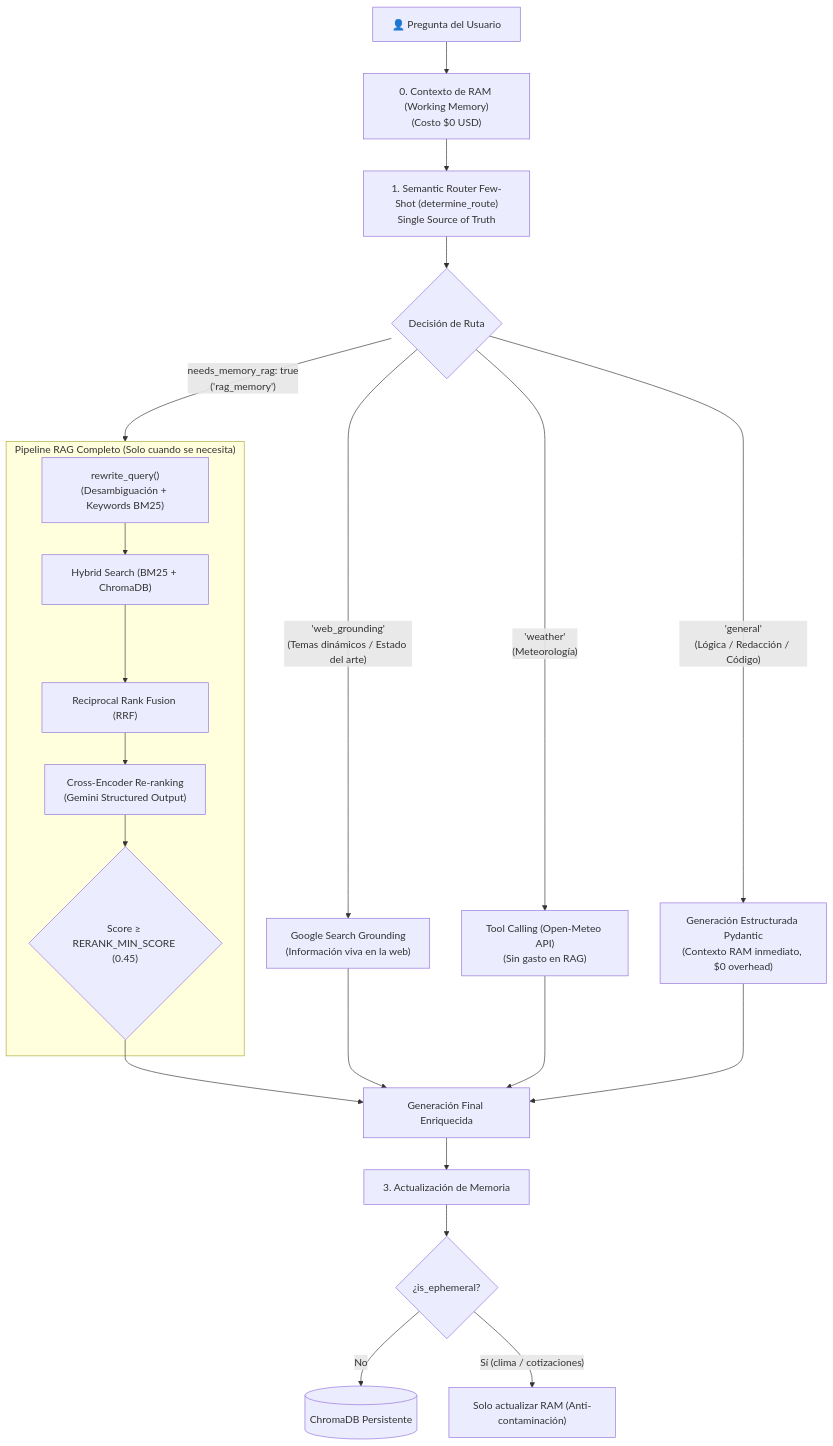
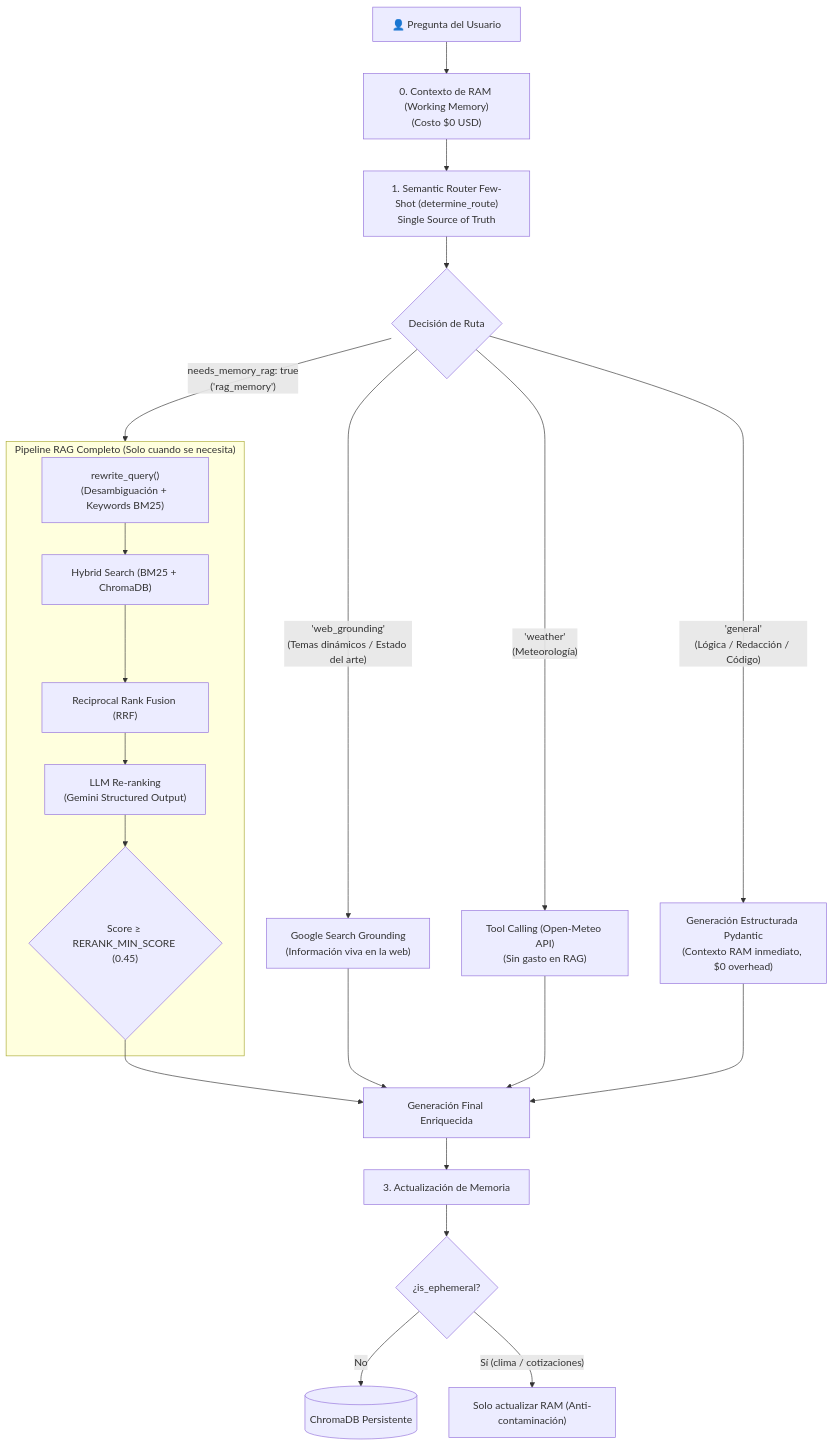
The diagram in README.md (misikss/llm-cli), drawn with Mermaid before and after one commit. The commit also changed other lines of this file and 4 other files, not shown here.

````diff
--- a/README.md
+++ b/README.md
@@ -13,30 +13,30 @@
 ```mermaid
 flowchart TD
     UserQuery["👤 Pregunta del Usuario"] --> RAMContext["0. Contexto de RAM (Working Memory)<br/>(Costo $0 USD)"]
     
     RAMContext --> Router["1. Semantic Router Few-Shot (determine_route)<br/>Single Source of Truth"]
     
     Router --> RouteDec{"Decisión de Ruta"}
     
     RouteDec -- "needs_memory_rag: true<br/>('rag_memory')" --> RAGPipeline["2. Advanced RAG Pipeline (Gateado)"]
     RouteDec -- "'web_grounding'<br/>(Temas dinámicos / Estado del arte)" --> WebGrounding["Google Search Grounding<br/>(Información viva en la web)"]
     RouteDec -- "'weather'<br/>(Meteorología)" --> WeatherTool["Tool Calling (Open-Meteo API)<br/>(Sin gasto en RAG)"]
     RouteDec -- "'general'<br/>(Lógica / Redacción / Código)" --> DirectLLM["Generación Estructurada Pydantic<br/>(Contexto RAM inmediato, $0 overhead)"]
     
     subgraph RAGPipeline ["Pipeline RAG Completo (Solo cuando se necesita)"]
         QE["rewrite_query()<br/>(Desambiguación + Keywords BM25)"] --> Hybrid["Hybrid Search (BM25 + ChromaDB)"]
         Hybrid --> RRF["Reciprocal Rank Fusion (RRF)"]
-        RRF --> CrossEncoder["Cross-Encoder Re-ranking<br/>(Gemini Structured Output)"]
-        CrossEncoder --> FilterScore{"Score ≥ RERANK_MIN_SCORE (0.45)"}
+        RRF --> LLMReranker["LLM Re-ranking<br/>(Gemini Structured Output)"]
+        LLMReranker --> FilterScore{"Score ≥ RERANK_MIN_SCORE (0.45)"}
     end
     
     FilterScore --> LLMFinal["Generación Final Enriquecida"]
     WebGrounding --> LLMFinal
     WeatherTool --> LLMFinal
     DirectLLM --> LLMFinal
     
     LLMFinal --> UpdateMem["3. Actualización de Memoria"]
     UpdateMem --> CheckEphemeral{"¿is_ephemeral?"}
     CheckEphemeral -- "No" --> ChromaPersist[("ChromaDB Persistente")]
     CheckEphemeral -- "Sí (clima / cotizaciones)" --> SkipChroma["Solo actualizar RAM (Anti-contaminación)"]
 ```
````
